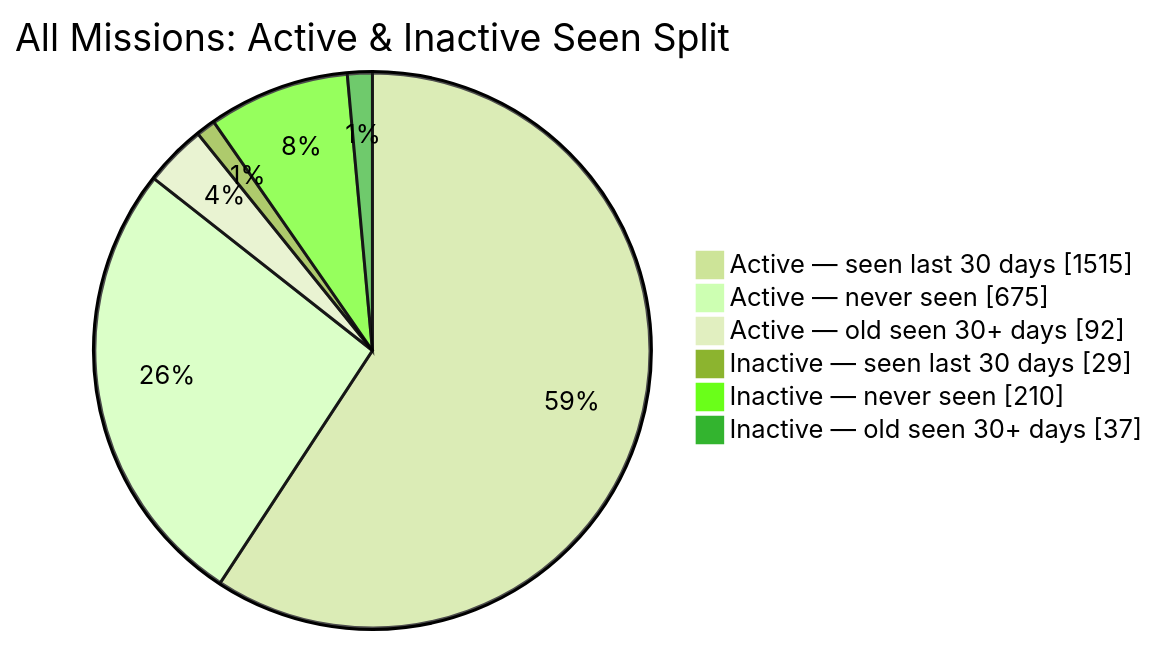
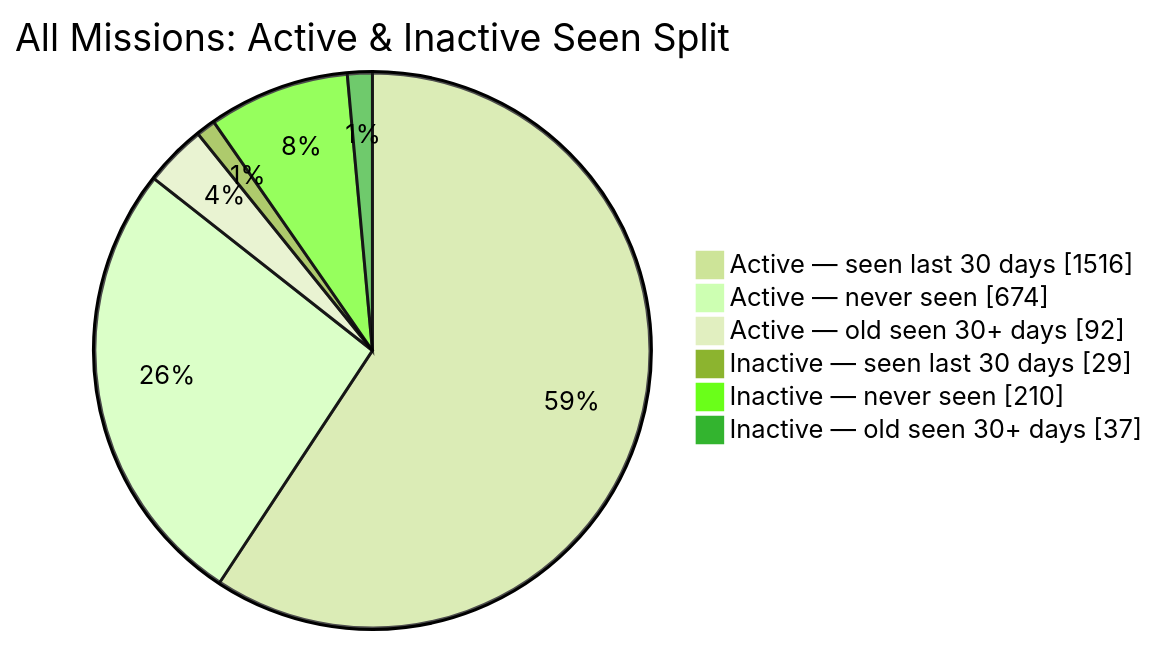
Before and after one commit to MeldkamerspelGameTeam/active-missions: the second of 2 diagrams in README.md, drawn with Mermaid (forest theme). The commit also changed other lines of this file and 2 other files, not shown here.

````diff
--- a/README.md
+++ b/README.md
@@ -44,10 +44,10 @@
 ```mermaid
 pie showData
     title All Missions: Active & Inactive Seen Split
-    "Active — seen last 30 days" : 1515
-    "Active — never seen" : 675
+    "Active — seen last 30 days" : 1516
+    "Active — never seen" : 674
     "Active — old seen 30+ days" : 92
     "Inactive — seen last 30 days" : 29
     "Inactive — never seen" : 210
     "Inactive — old seen 30+ days" : 37
 ```
````
